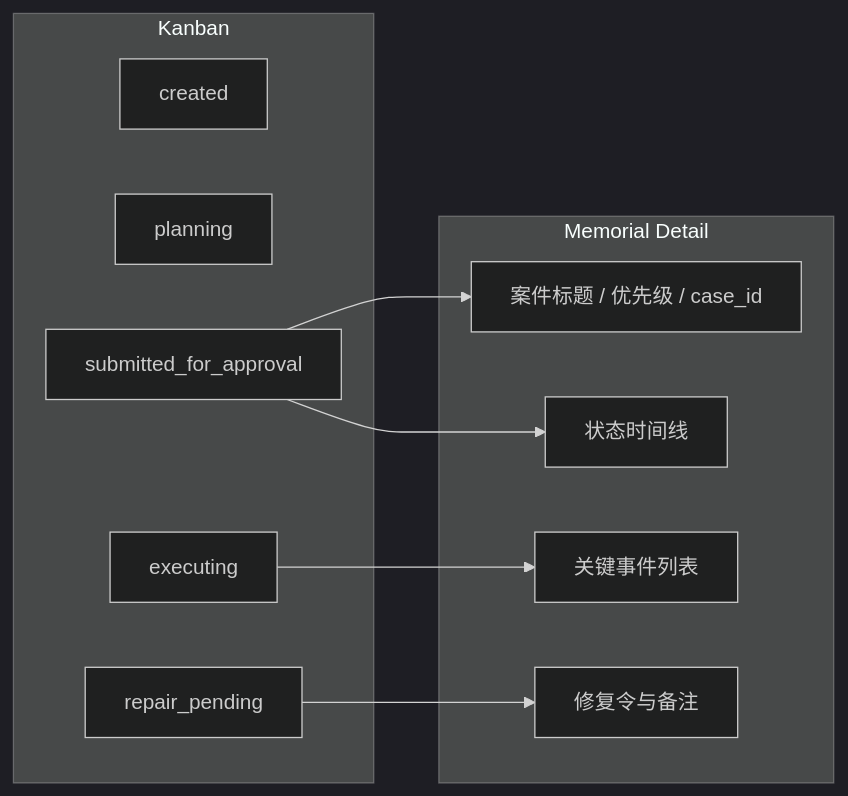
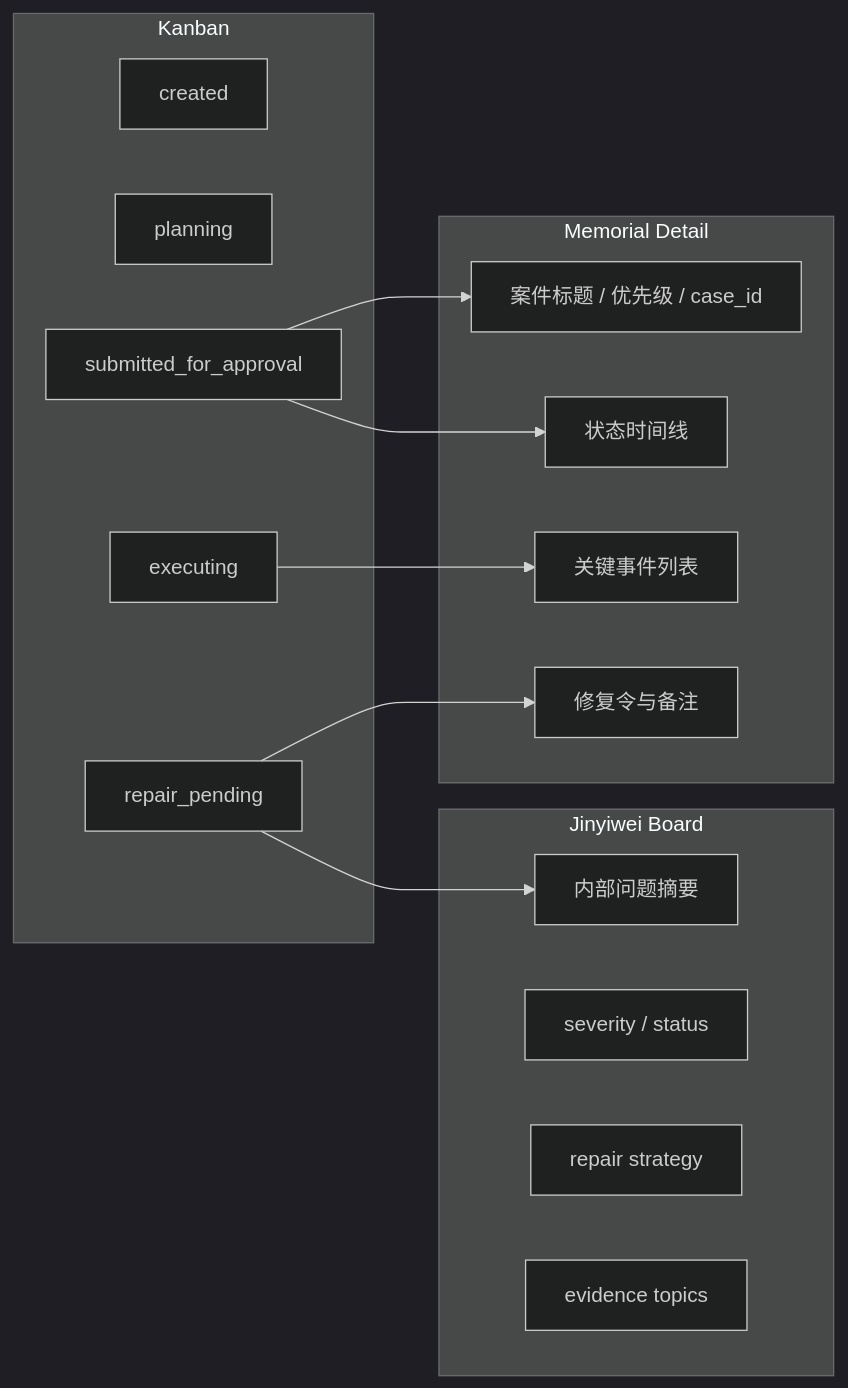
Before and after one commit to theodorewang0731-hash/-agent: the second of 2 diagrams in docs/dashboard-mvp.md, drawn with Mermaid (dark theme). The commit also changed other lines of this file and 18 other files, not shown here.

Commit message:
Add Jinyiwei board and flow prompt

````diff
--- a/docs/dashboard-mvp.md
+++ b/docs/dashboard-mvp.md
@@ -68,22 +87,30 @@
 ```mermaid
 flowchart LR
     subgraph Left["Kanban"]
         K1["created"]
         K2["planning"]
         K3["submitted_for_approval"]
         K4["executing"]
         K5["repair_pending"]
     end
 
     subgraph Right["Memorial Detail"]
         M1["案件标题 / 优先级 / case_id"]
         M2["状态时间线"]
         M3["关键事件列表"]
         M4["修复令与备注"]
     end
 
+    subgraph Bottom["Jinyiwei Board"]
+        J1["内部问题摘要"]
+        J2["severity / status"]
+        J3["repair strategy"]
+        J4["evidence topics"]
+    end
+
     K3 --> M1
     K3 --> M2
     K4 --> M3
     K5 --> M4
+    K5 --> J1
 ```
````
